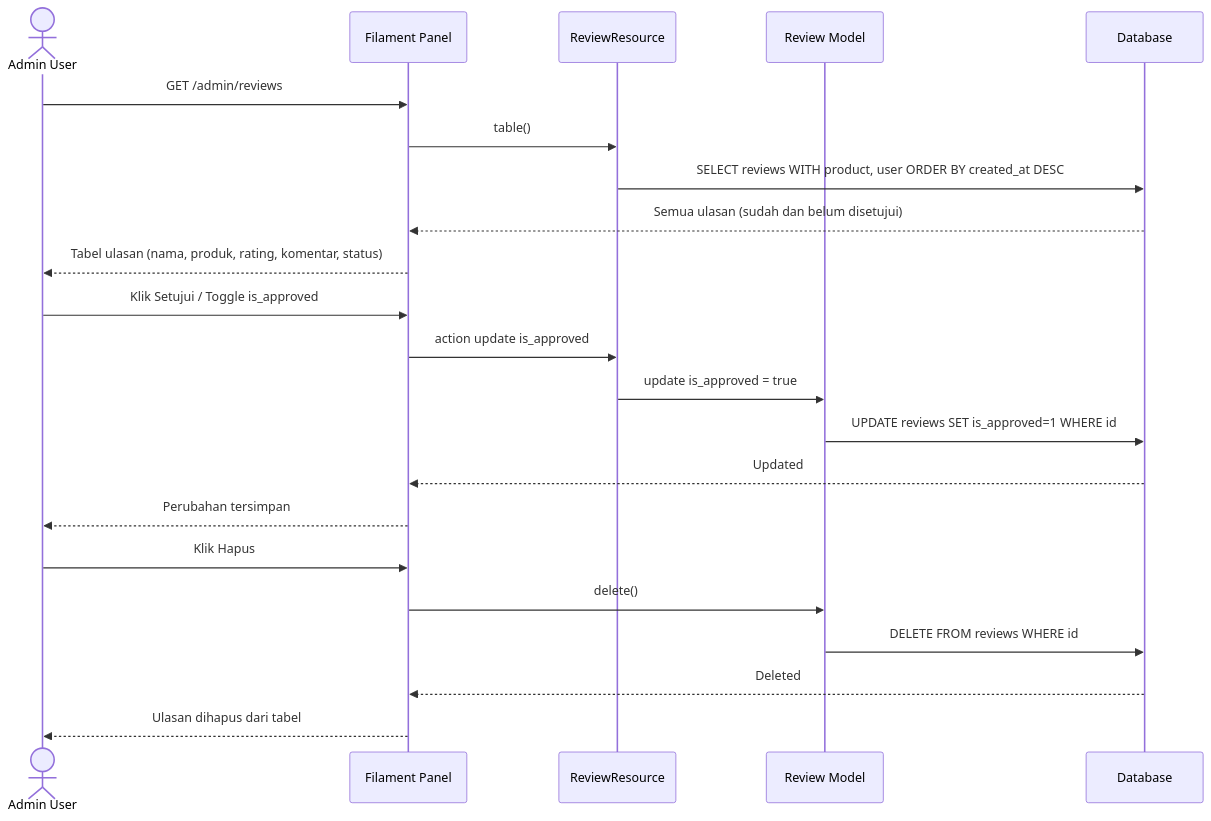
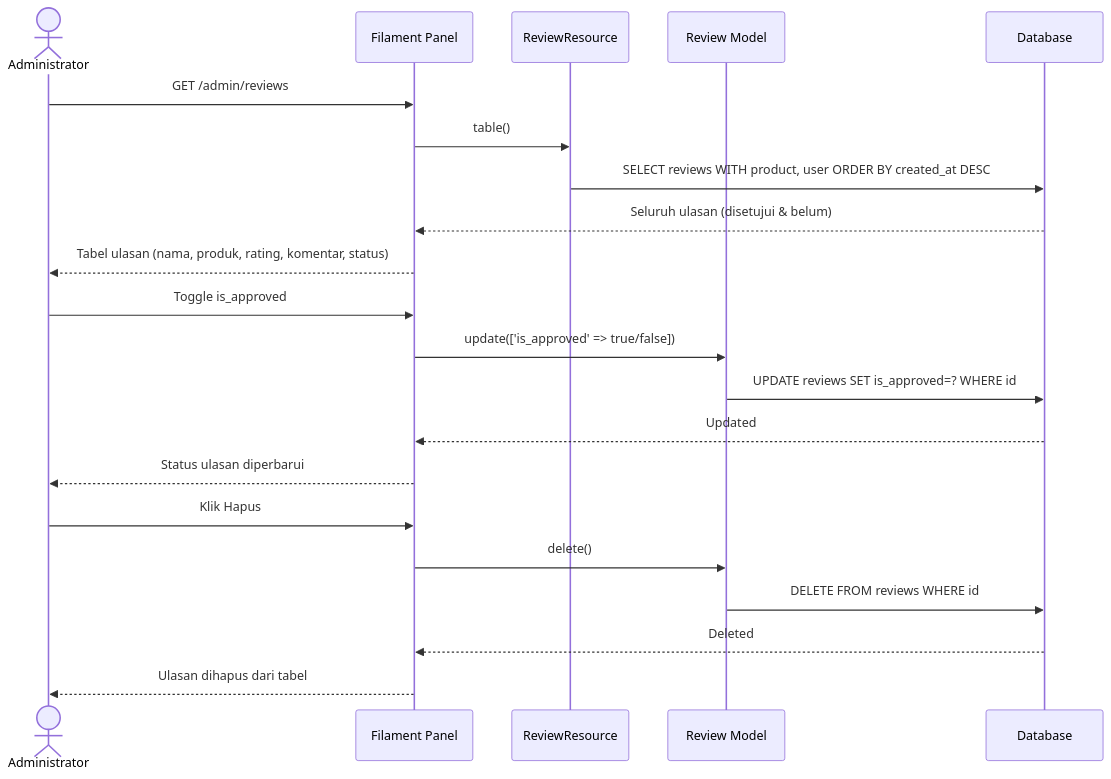
Diagram 16 of 17 in docs/SEQUENCE_DIAGRAM_DOKUMENTASI.md (mustarisyahding07-spec/WEBSITE_SKRIPSI_MUSTARI), drawn with Mermaid before and after one commit. The commit also changed other lines of this file, not shown here.

Commit message:
docs: perbarui penjelasan sequence diagram ke format paragraf akademik

````diff
--- a/docs/SEQUENCE_DIAGRAM_DOKUMENTASI.md
+++ b/docs/SEQUENCE_DIAGRAM_DOKUMENTASI.md
@@ -830,27 +709,26 @@
 ```mermaid
 sequenceDiagram
-    actor Admin as Admin User
+    actor Admin as Administrator
     participant Filament as Filament Panel
     participant RR as ReviewResource
     participant ReviewM as Review Model
     participant DB as Database
 
     Admin->>Filament: GET /admin/reviews
     Filament->>RR: table()
     RR->>DB: SELECT reviews WITH product, user ORDER BY created_at DESC
-    DB-->>Filament: Semua ulasan (sudah dan belum disetujui)
+    DB-->>Filament: Seluruh ulasan (disetujui & belum)
     Filament-->>Admin: Tabel ulasan (nama, produk, rating, komentar, status)
 
-    Admin->>Filament: Klik Setujui / Toggle is_approved
-    Filament->>RR: action update is_approved
-    RR->>ReviewM: update is_approved = true
-    ReviewM->>DB: UPDATE reviews SET is_approved=1 WHERE id
+    Admin->>Filament: Toggle is_approved
+    Filament->>ReviewM: update(['is_approved' => true/false])
+    ReviewM->>DB: UPDATE reviews SET is_approved=? WHERE id
     DB-->>Filament: Updated
-    Filament-->>Admin: Perubahan tersimpan
+    Filament-->>Admin: Status ulasan diperbarui
 
     Admin->>Filament: Klik Hapus
     Filament->>ReviewM: delete()
     ReviewM->>DB: DELETE FROM reviews WHERE id
     DB-->>Filament: Deleted
     Filament-->>Admin: Ulasan dihapus dari tabel
 ```
````
